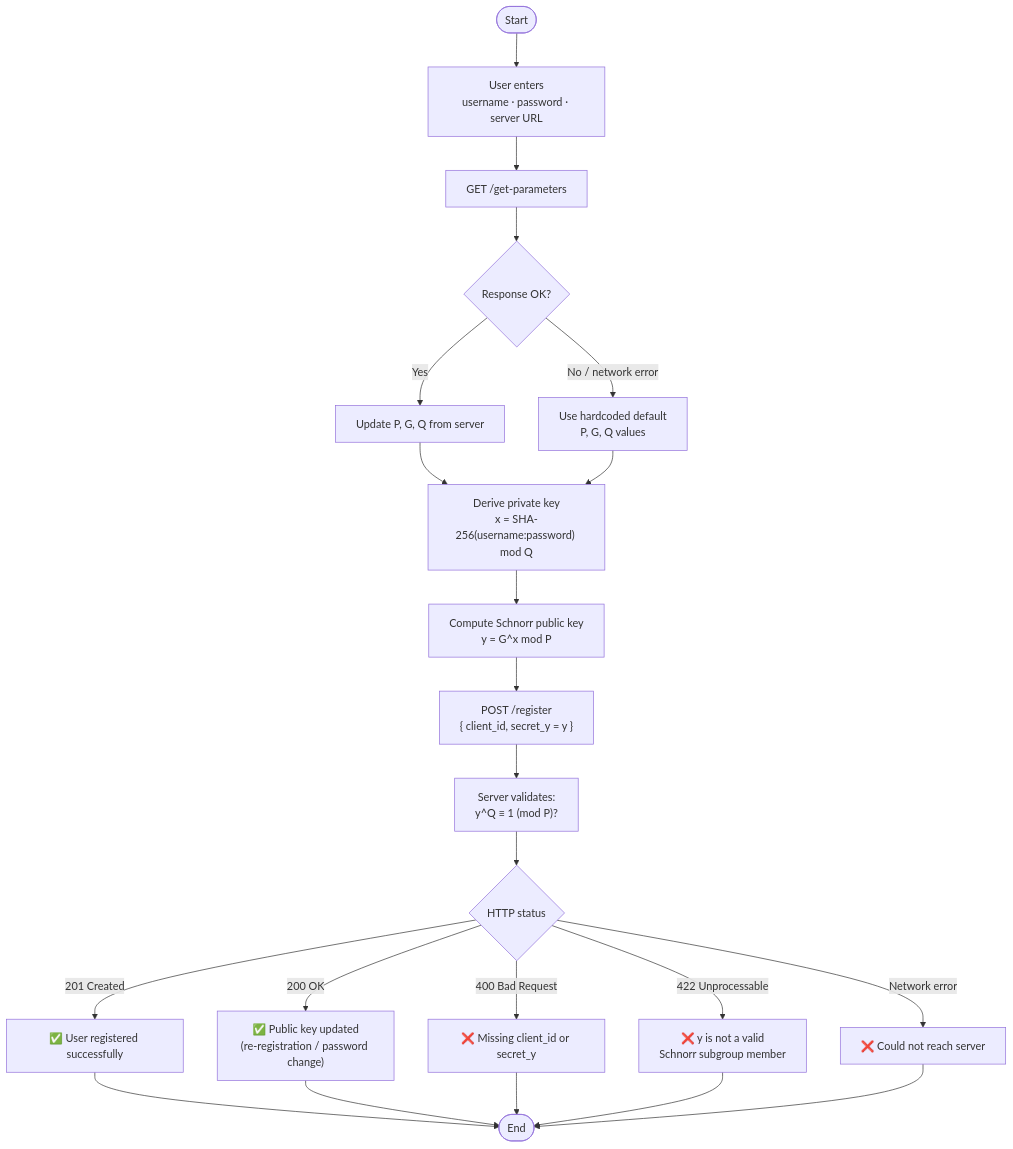
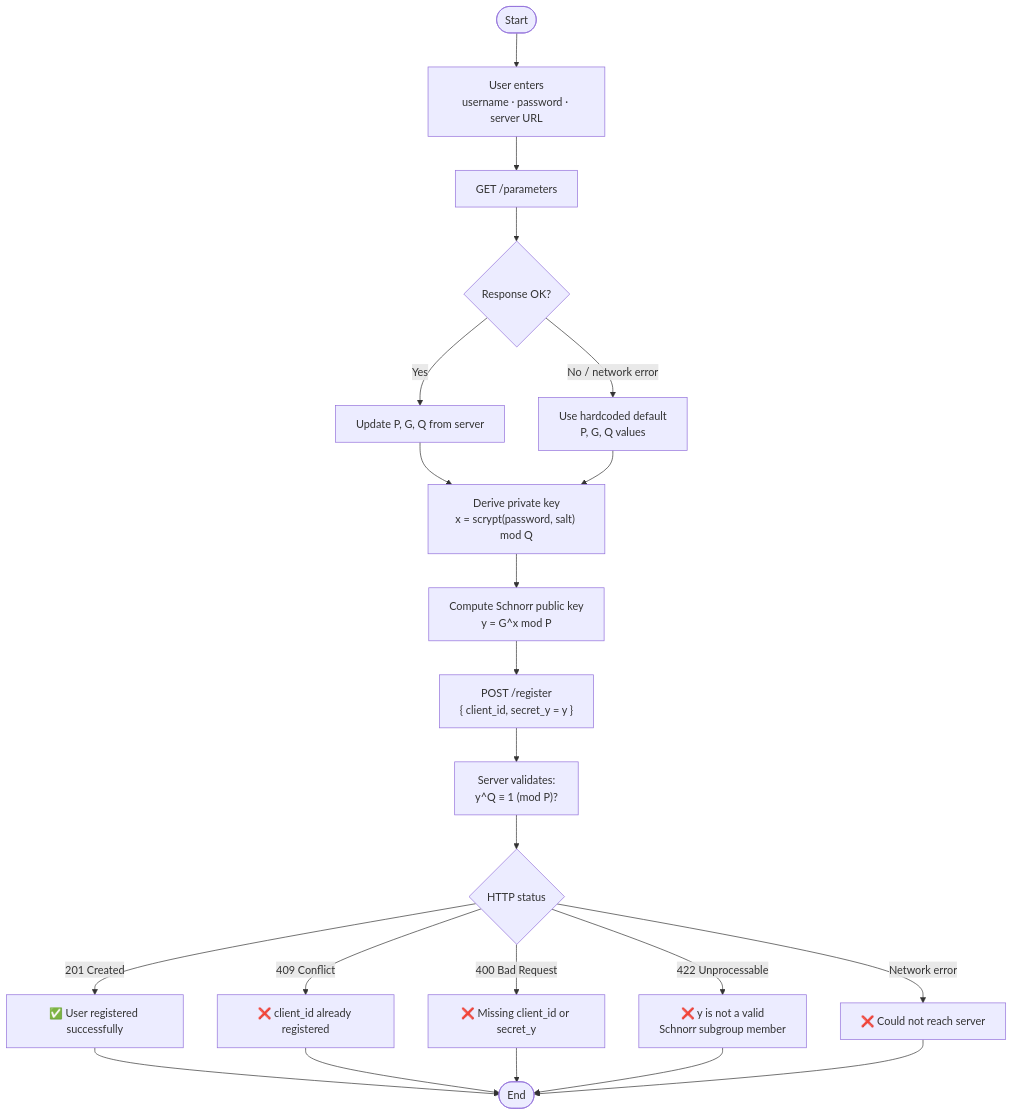
One commit to matei-rares-a/acas changed the diagram in diagrams/diagram_registration_flow.mmd. Above: the diagram before and after it, drawn with Mermaid. The commit also changed 29 other files, not shown here.

First line of the commit message:
Rename parameters endpoint and clarify ZKP flow

```diff
--- a/diagrams/diagram_registration_flow.mmd
+++ b/diagrams/diagram_registration_flow.mmd
@@ -1,17 +1,17 @@
 flowchart TD
     A([Start]) --> B["User enters\nusername · password · server URL"]
-    B --> C["GET /get-parameters"]
+    B --> C["GET /parameters"]
     C --> D{Response OK?}
     D -- Yes --> E["Update P, G, Q from server"]
     D -- "No / network error" --> F["Use hardcoded default\nP, G, Q values"]
-    E & F --> G["Derive private key\nx = SHA-256(username:password) mod Q"]
+    E & F --> G["Derive private key\nx = scrypt(password, salt) mod Q"]
     G --> H["Compute Schnorr public key\ny = G^x mod P"]
     H --> I["POST /register\n{ client_id, secret_y = y }"]
     I --> J["Server validates:\ny^Q ≡ 1 (mod P)?"]
     J --> K{HTTP status}
     K -- "201 Created" --> L["✅ User registered successfully"]
-    K -- "200 OK" --> M["✅ Public key updated\n(re-registration / password change)"]
+    K -- "409 Conflict" --> M["❌ client_id already registered"]
     K -- "400 Bad Request" --> N["❌ Missing client_id or secret_y"]
     K -- "422 Unprocessable" --> O["❌ y is not a valid\nSchnorr subgroup member"]
     K -- "Network error" --> P["❌ Could not reach server"]
     L & M & N & O & P --> Z([End])
```
